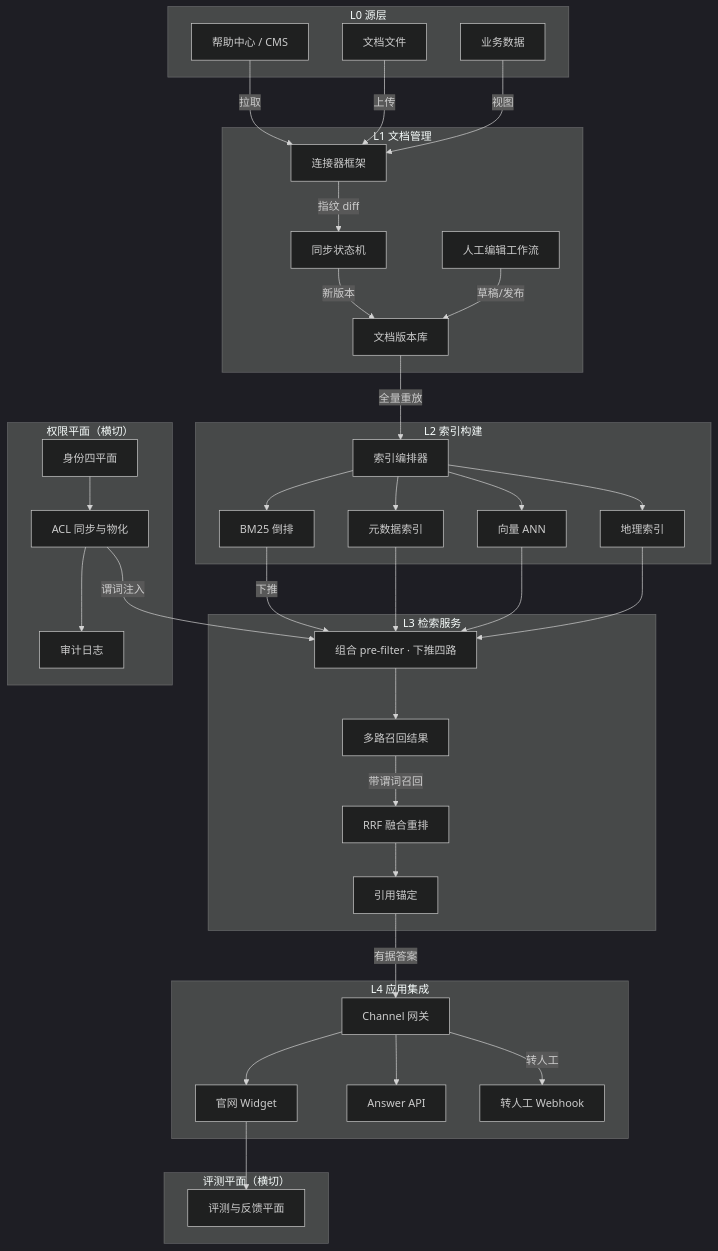
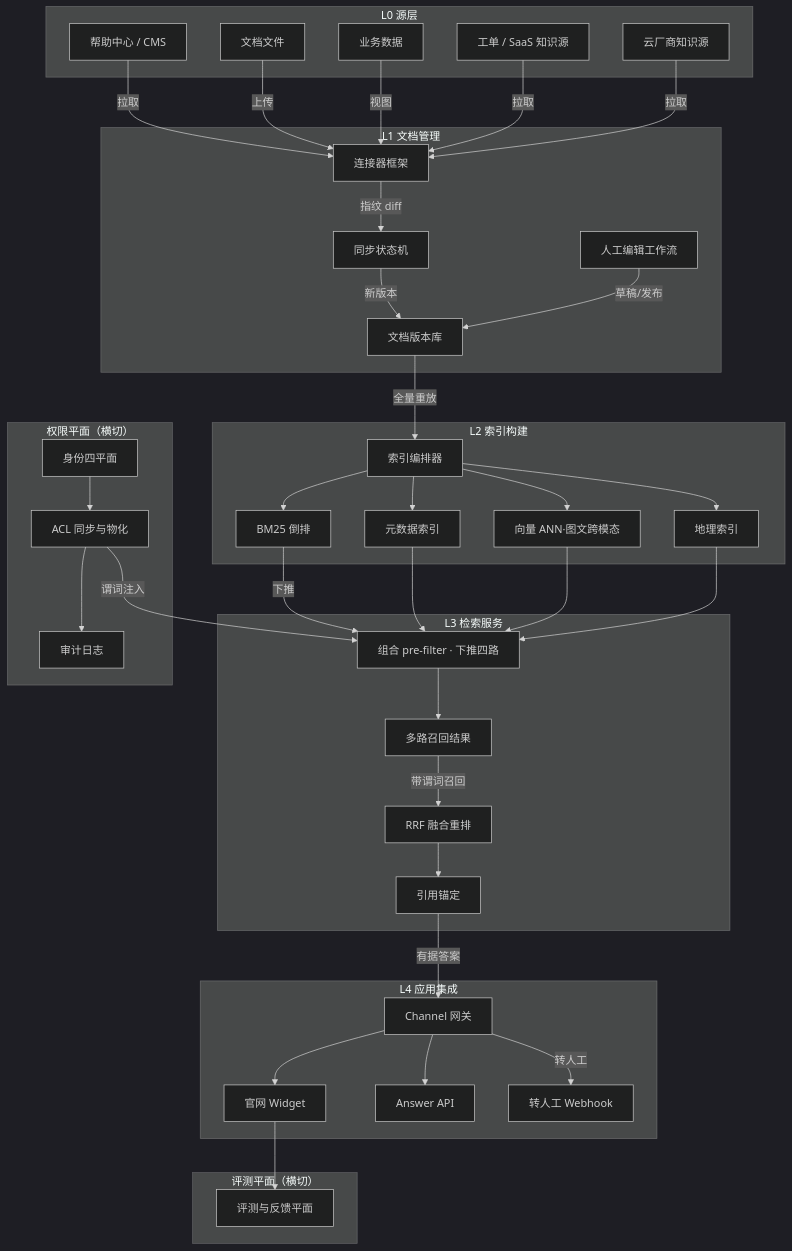
One commit to ThreeFish-AI/negentropy changed the diagram in docs/assets/mermaid/design/knowledge-base-platform--architecture.mmd. Above: the diagram before and after it, drawn with Mermaid (dark theme). The commit also changed 24 other files, not shown here.

First line of the commit message:
docs(kbp): 图文混合索引进范围与三项扩展能力预留——version_key 纳媒体清单、caption 缓存键含语境、P2-8/9 新任务与两图重渲（I-248）;

```diff
--- a/docs/assets/mermaid/design/knowledge-base-platform--architecture.mmd
+++ b/docs/assets/mermaid/design/knowledge-base-platform--architecture.mmd
@@ -1,81 +1,86 @@
 %%source: docs/concepts/design/knowledge-base-platform.md §1 总体架构（五层参考架构 + 权限/评测横切平面）
 %%slug: design/knowledge-base-platform--architecture
 %%type: architecture
 %%derived: 新创作，无原文 mermaid 块；知识库平台参考架构（独立通用方案）
 %%fix: 评审 R1 blocker——L3 次序改为「组合 pre-filter 下推四路召回」在前，与 §3.3/§5.2 安全不变量一致
 %%fix: 源/图对账回写——图体与已入库 candidate（docs/diagrams/knowledge-base-platform--architecture/）节点/边/标签逐项同构：蓝绿索引版本入「检索与索引」卡片、L3 收敛为 组合pre-filter·下推四路→多路召回结果→RRF融合重排→引用锚定、横切边收敛为 ACL 同步→recall 谓词注入；卡片文案见下方 %%card 注释（建模与回执锚以 candidate JSON 为准）
+%%fix: 图文混合索引进范围（方案 §2.4/§3，M2）——L0 增「工单 / SaaS 知识源」「云厂商知识源」两源（回写/hook 属 §9.2 扩展不入现图）、向量 ANN 标注图文跨模态；源/图对账回写同构
 %%card: 安全不变量（rose）——权限谓词先合取再下推四路召回（非先召回后过滤），fail-closed / Chunk 物化继承版本 ACL，不放大不缩小；读写双审计 / 检索访问与编辑操作双审计，仅追加不可篡改
-%%card: 检索与索引（cyan）——四路索引（BM25/元数据/向量/地理）混合召回，RRF 融合 / 索引蓝绿版本：构建→校验→切换→下线，全程可回滚
+%%card: 检索与索引（cyan）——四路索引（BM25/元数据/向量/地理）混合召回，RRF 融合；向量路含图文跨模态子空间 / 索引蓝绿版本：构建→校验→切换→下线，全程可回滚
 %%card: 闭环与重建（emerald）——canonical 版本库为 SSOT，任何索引可全量重放重建 / 线上反馈归因回流：评测集扩充、排序调参、知识补录 / 评测回归门控索引重建与检索策略变更
 flowchart TD
   subgraph L0["L0 源层"]
     S1["帮助中心 / CMS"]
     S2["文档文件"]
     S3["业务数据"]
+    S4["工单 / SaaS 知识源"]
+    S5["云厂商知识源"]
   end
 
   subgraph L1["L1 文档管理"]
     C1["连接器框架"]
     C2["同步状态机"]
     C3["人工编辑工作流"]
     C4["文档版本库"]
   end
 
   subgraph L2["L2 索引构建"]
     I0["索引编排器"]
     I1["BM25 倒排"]
     I2["元数据索引"]
-    I3["向量 ANN"]
+    I3["向量 ANN·图文跨模态"]
     I4["地理索引"]
   end
 
   subgraph L3["L3 检索服务"]
     R1["组合 pre-filter · 下推四路"]
     R2["多路召回结果"]
     R3["RRF 融合重排"]
     R4["引用锚定"]
   end
 
   subgraph L4["L4 应用集成"]
     A1["官网 Widget"]
     A2["Channel 网关"]
     A3["Answer API"]
     A4["转人工 Webhook"]
   end
 
   subgraph XP["权限平面（横切）"]
     P1["身份四平面"]
     P2["ACL 同步与物化"]
     P3["审计日志"]
   end
 
   subgraph XE["评测平面（横切）"]
     E1["评测与反馈平面"]
   end
 
   S1 -->|拉取| C1
   S2 -->|上传| C1
   S3 -->|视图| C1
+  S4 -->|拉取| C1
+  S5 -->|拉取| C1
   C1 -->|指纹 diff| C2
   C2 -->|新版本| C4
   C3 -->|草稿/发布| C4
   C4 -->|全量重放| I0
   I0 --> I1
   I0 --> I2
   I0 --> I3
   I0 --> I4
   I1 -->|下推| R1
   I2 --> R1
   I3 --> R1
   I4 --> R1
   R1 --> R2
   R2 -->|带谓词召回| R3
   R3 --> R4
   R4 -->|有据答案| A2
   A2 --> A1
   A2 --> A3
   A2 -->|转人工| A4
   P1 --> P2
   P2 --> P3
   P2 -->|谓词注入| R1
   A1 --> E1
```
